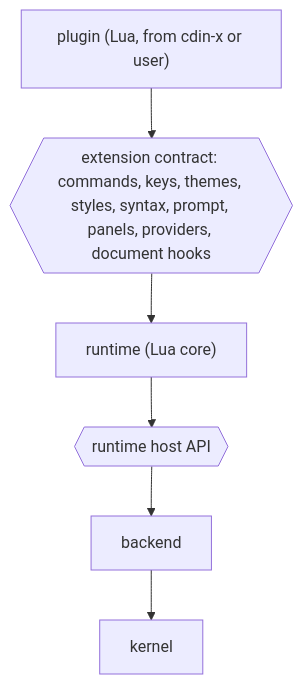
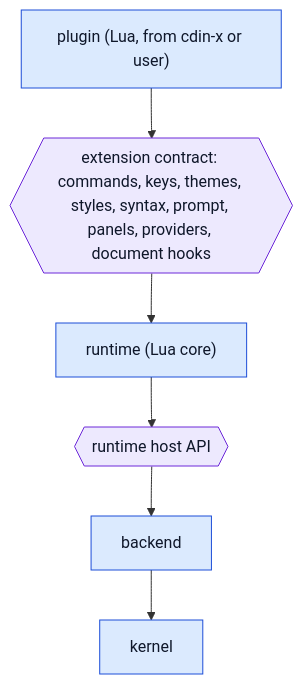
One commit to cdin-editor/spec changed the diagram in docs/architecture/extension-model.md. Above: the diagram before and after it, drawn with Mermaid. The commit also changed other lines of this file and 9 other files, not shown here.

Commit message:
docs(architecture): specify boundaries, ABI, protocol, concurrency, lifecycle and migration

````diff
--- a/docs/architecture/extension-model.md
+++ b/docs/architecture/extension-model.md
@@ -7,15 +7,19 @@
 ```mermaid
 flowchart TB
     PLUG["plugin (Lua, from cdin-x or user)"]
     CONTRACT{{"extension contract: commands, keys, themes, styles, syntax, prompt, panels, providers, document hooks"}}
     RT["runtime (Lua core)"]
     HOST{{"runtime host API"}}
     BE["backend"]
     K["kernel"]
 
     PLUG --> CONTRACT
     CONTRACT --> RT
     RT --> HOST
     HOST --> BE
     BE --> K
+    classDef comp fill:#dbeafe,stroke:#1d4ed8,color:#0f172a
+    classDef contract fill:#ede9fe,stroke:#6d28d9,color:#0f172a
+    class BE,K,PLUG,RT comp
+    class CONTRACT,HOST contract
 ```
````
